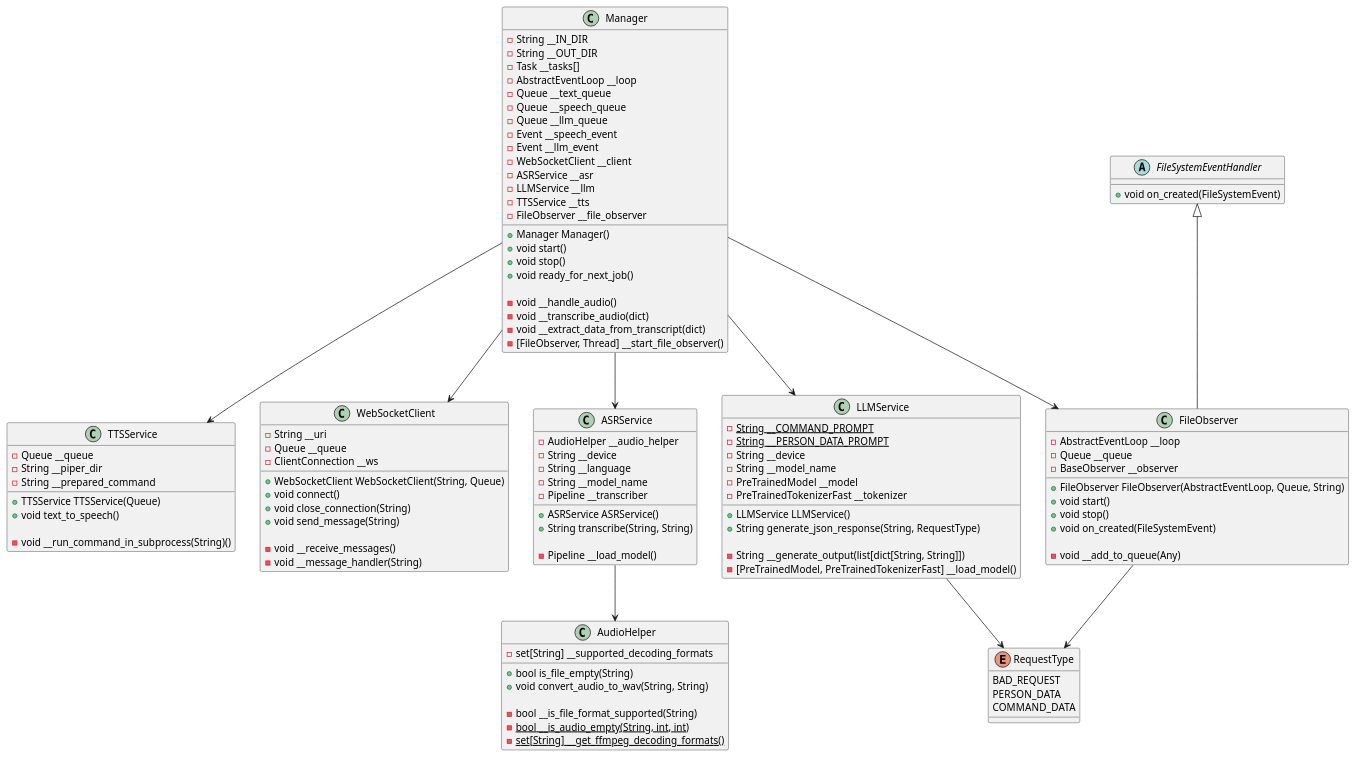
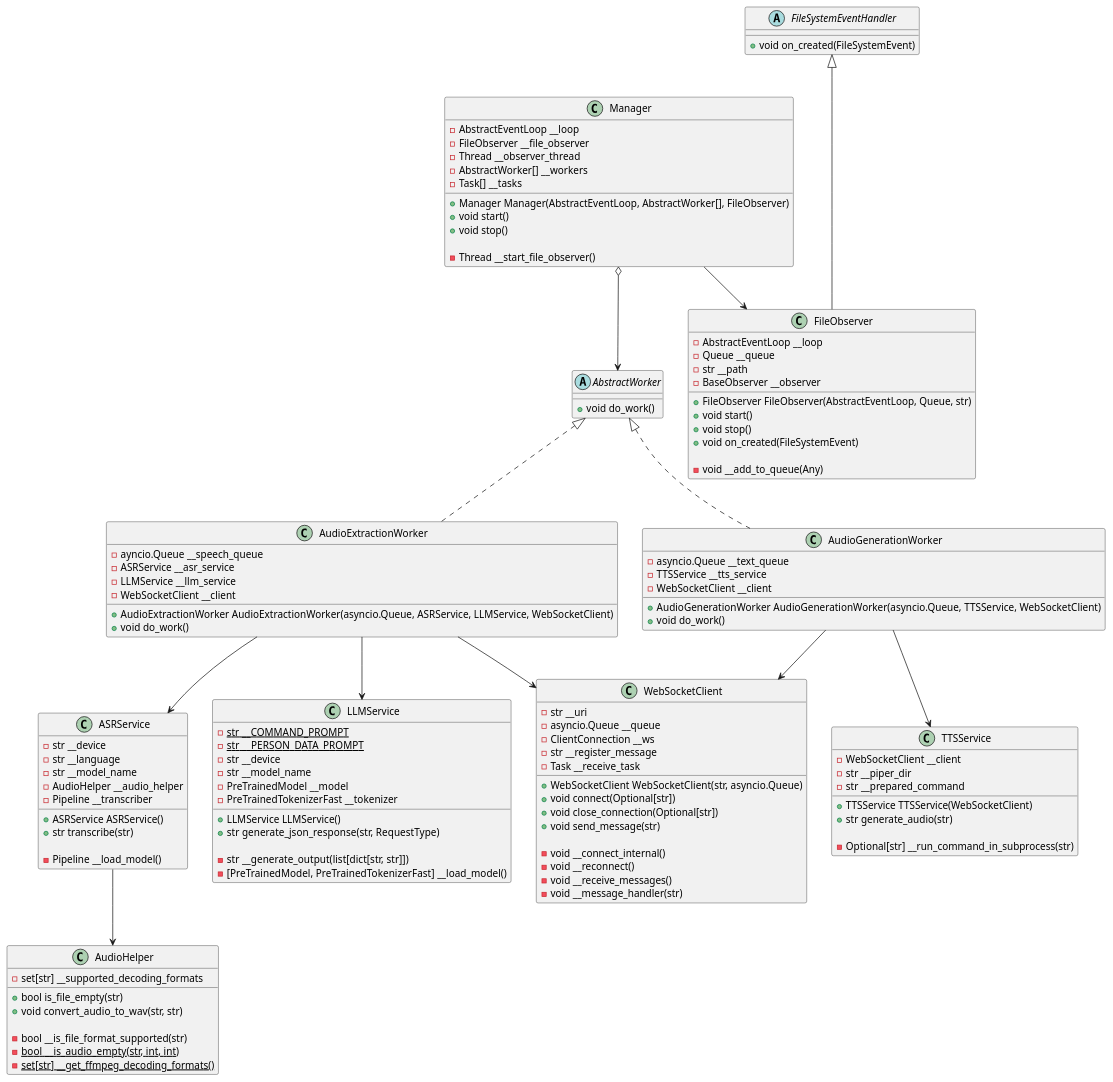
The diagram in uml/class_diagram.puml (AnelD/speech_recognition), drawn with PlantUML before and after one commit. The commit also changed 7 other files, not shown here.

Commit message:
new class diagramm and type hints

```diff
--- a/uml/class_diagram.puml
+++ b/uml/class_diagram.puml
@@ -1,130 +1,140 @@
 @startuml
-class Manager{
--String __IN_DIR
--String __OUT_DIR
--Task __tasks[]
--AbstractEventLoop __loop
--Queue __text_queue
--Queue __speech_queue
--Queue __llm_queue
--Event __speech_event
--Event __llm_event
--WebSocketClient __client
--ASRService __asr
--LLMService __llm
--TTSService __tts
--FileObserver __file_observer
 
-+Manager Manager()
-+void start()
-+void stop()
-+void ready_for_next_job()
-
--void __handle_audio()
--void __transcribe_audio(dict)
--void __extract_data_from_transcript(dict)
--[FileObserver, Thread] __start_file_observer()
+abstract class AbstractWorker{
++void do_work()
 }
 
-
-class TTSService{
-
--Queue __queue
--String __piper_dir
--String __prepared_command
-
-+TTSService TTSService(Queue)
-+void text_to_speech()
-
--void __run_command_in_subprocess(String)()
+abstract class FileSystemEventHandler{
++void on_created(FileSystemEvent)
 }
-
-class WebSocketClient{
--String __uri
--Queue __queue
--ClientConnection __ws
-
-+WebSocketClient WebSocketClient(String, Queue)
-+void connect()
-+void close_connection(String)
-+void send_message(String)
-
--void __receive_messages()
--void __message_handler(String)
-}
-
-class ASRService{
--AudioHelper __audio_helper
--String __device
--String __language
--String __model_name
--Pipeline __transcriber
-
-+ASRService ASRService()
-+String transcribe(String, String)
-
--Pipeline __load_model()
-}
-
-class LLMService{
--{static}String __COMMAND_PROMPT
--{static}String __PERSON_DATA_PROMPT
--String __device
--String __model_name
--PreTrainedModel __model
--PreTrainedTokenizerFast __tokenizer
-
-+LLMService LLMService()
-+String generate_json_response(String, RequestType)
-
--String __generate_output(list[dict[String, String]])
--[PreTrainedModel, PreTrainedTokenizerFast] __load_model()
-}
-
 
 class FileObserver{
 -AbstractEventLoop __loop
 -Queue __queue
+-str __path
 -BaseObserver __observer
 
-+FileObserver FileObserver(AbstractEventLoop, Queue, String)
++FileObserver FileObserver(AbstractEventLoop, Queue, str)
 +void start()
 +void stop()
 +void on_created(FileSystemEvent)
 
 -void __add_to_queue(Any)
 }
 
-class AudioHelper{
--set[String] __supported_decoding_formats
+class Manager{
+-AbstractEventLoop __loop
+-FileObserver __file_observer
+-Thread __observer_thread
+-AbstractWorker[] __workers
+-Task[] __tasks
 
-+bool is_file_empty(String)
-+void convert_audio_to_wav(String, String)
++Manager Manager(AbstractEventLoop, AbstractWorker[], FileObserver)
++void start()
++void stop()
 
--bool __is_file_format_supported(String)
--{static}bool __is_audio_empty(String, int, int)
--{static}set[String] __get_ffmpeg_decoding_formats()
+-Thread __start_file_observer()
 }
 
-abstract class FileSystemEventHandler{
-+void on_created(FileSystemEvent)
+class AudioExtractionWorker{
+-ayncio.Queue __speech_queue
+-ASRService __asr_service
+-LLMService __llm_service
+-WebSocketClient __client
+
++AudioExtractionWorker AudioExtractionWorker(asyncio.Queue, ASRService, LLMService, WebSocketClient)
++void do_work()
 }
 
-enum RequestType{
-BAD_REQUEST
-PERSON_DATA
-COMMAND_DATA
+class AudioGenerationWorker{
+-asyncio.Queue __text_queue
+-TTSService __tts_service
+-WebSocketClient __client
+
++AudioGenerationWorker AudioGenerationWorker(asyncio.Queue, TTSService, WebSocketClient)
++void do_work()
 }
 
-FileSystemEventHandler <|-- FileObserver
-Manager --> FileObserver
-Manager --> WebSocketClient
-Manager --> ASRService
-Manager --> LLMService
-ASRService --> AudioHelper
-LLMService --> RequestType
-FileObserver --> RequestType
-Manager --> TTSService
+class ASRService{
+-str __device
+-str __language
+-str __model_name
+-AudioHelper __audio_helper
+-Pipeline __transcriber
+
++ASRService ASRService()
++str transcribe(str)
+
+-Pipeline __load_model()
+}
+
+class LLMService{
+-{static}str __COMMAND_PROMPT
+-{static}str __PERSON_DATA_PROMPT
+-str __device
+-str __model_name
+-PreTrainedModel __model
+-PreTrainedTokenizerFast __tokenizer
+
++LLMService LLMService()
++str generate_json_response(str, RequestType)
+
+-str __generate_output(list[dict[str, str]])
+-[PreTrainedModel, PreTrainedTokenizerFast] __load_model()
+}
+
+class TTSService{
+-WebSocketClient __client
+-str __piper_dir
+-str __prepared_command
+
++TTSService TTSService(WebSocketClient)
++str generate_audio(str)
+
+-Optional[str] __run_command_in_subprocess(str)
+}
+
+class WebSocketClient{
+-str __uri
+-asyncio.Queue __queue
+-ClientConnection __ws
+-str __register_message
+-Task __receive_task
+
++WebSocketClient WebSocketClient(str, asyncio.Queue)
++void connect(Optional[str])
++void close_connection(Optional[str])
++void send_message(str)
+
+-void __connect_internal()
+-void __reconnect()
+-void __receive_messages()
+-void __message_handler(str)
+}
 
 
+class AudioHelper{
+-set[str] __supported_decoding_formats
+
++bool is_file_empty(str)
++void convert_audio_to_wav(str, str)
+
+-bool __is_file_format_supported(str)
+-{static}bool __is_audio_empty(str, int, int)
+-{static}set[str] __get_ffmpeg_decoding_formats()
+}
+
+
+Manager o--> AbstractWorker
+Manager --> FileObserver
+AbstractWorker <|.. AudioExtractionWorker
+AbstractWorker <|.. AudioGenerationWorker
+AudioExtractionWorker --> ASRService
+AudioExtractionWorker --> LLMService
+AudioExtractionWorker --> WebSocketClient
+AudioGenerationWorker --> TTSService
+AudioGenerationWorker --> WebSocketClient
+FileSystemEventHandler <|--- FileObserver
+ASRService --> AudioHelper
+
 @enduml
```
